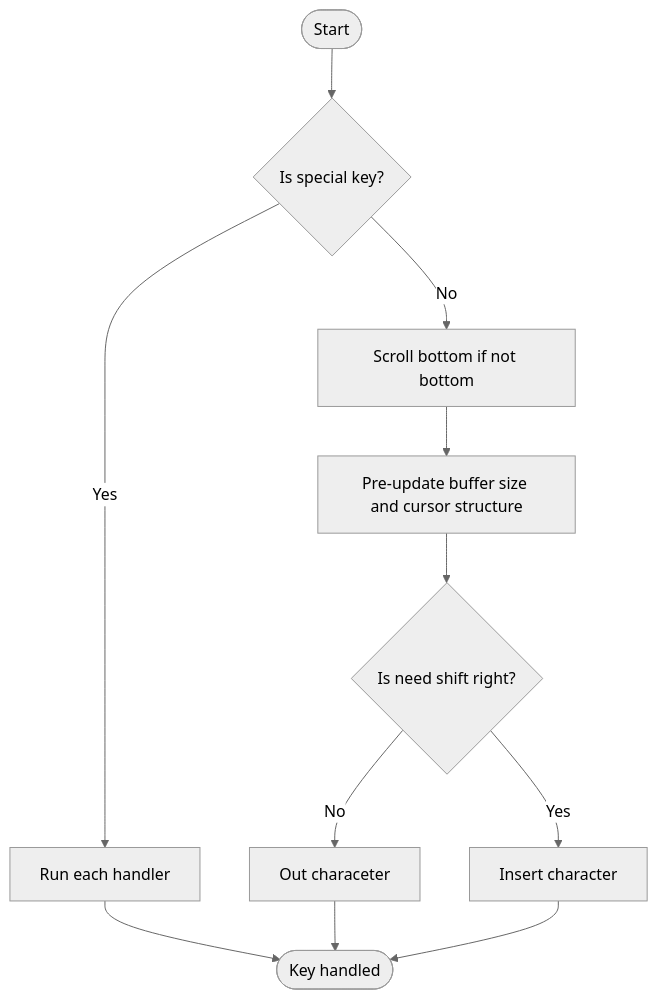
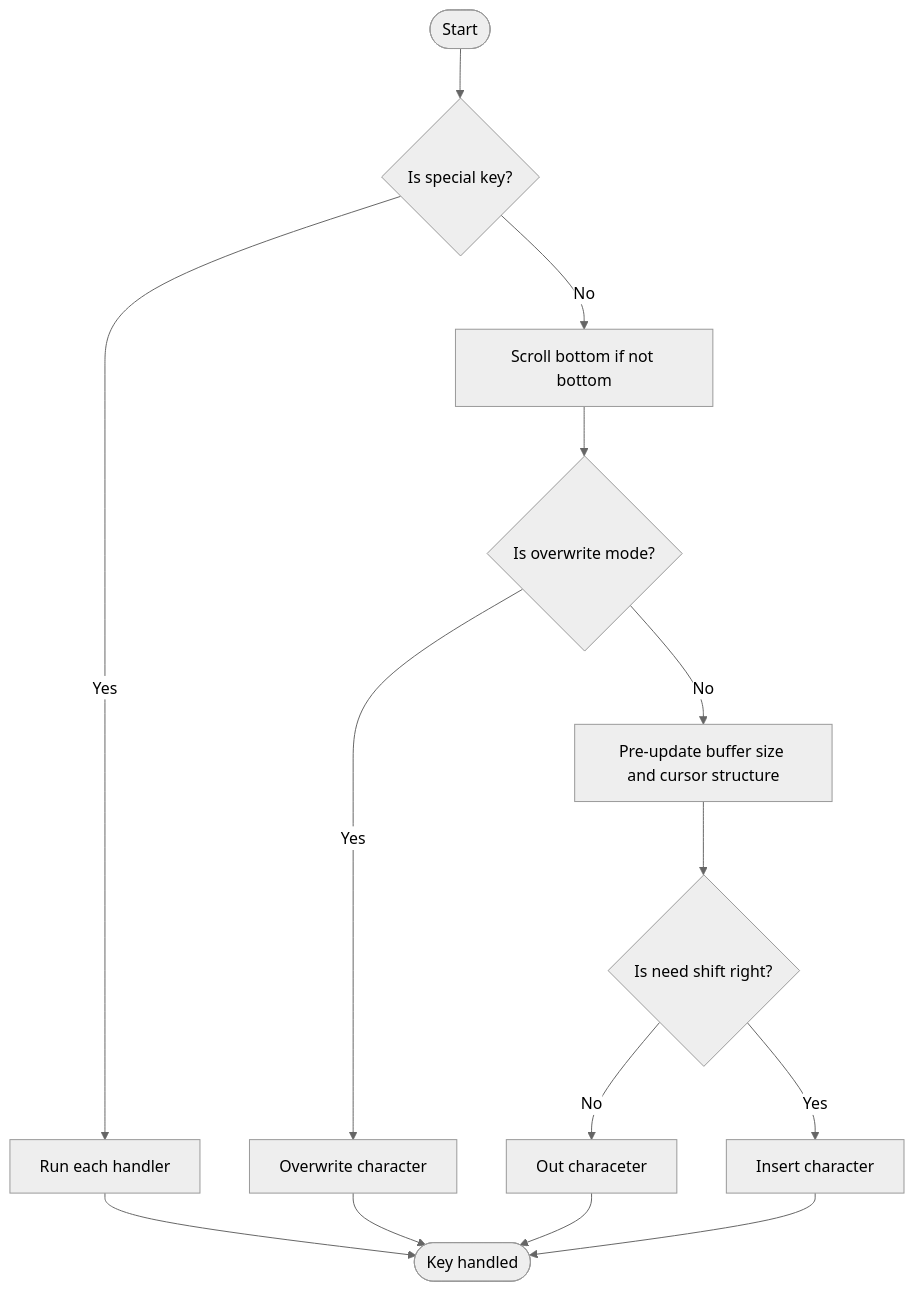
One commit to facooya/fayos changed the fourth of 15 diagrams in docs/drv/keyboard.md. Above: the diagram before and after it, drawn with Mermaid (neutral theme). The commit also changed 1 other file, not shown here.

Commit message:
feat(keyboard): Add overwrite mode, toggle ins key

````diff
--- a/docs/drv/keyboard.md
+++ b/docs/drv/keyboard.md
@@ -152,11 +152,13 @@
 ```mermaid
 graph TD
 Start([Start])
 End([Key handled])
 IfSpecial{"Is special key?"}
 Start --> IfSpecial
 IfSpecial -- Yes --> Special[Run each handler] --> End
-IfSpecial -- No --> Scroll[Scroll bottom if not bottom] --> Normal[Pre-update buffer size and cursor structure] --> IfShr{"Is need shift right?"}
+IfSpecial -- No --> Scroll[Scroll bottom if not bottom] --> IfIns{"Is overwrite mode?"}
+IfIns -- Yes --> Overwrite[Overwrite character] --> End
+IfIns -- No --> Normal[Pre-update buffer size and cursor structure] --> IfShr{"Is need shift right?"}
 IfShr -- No --> Out[Out characeter] --> End
 IfShr -- Yes --> Shr[Insert character] --> End
 ```
````
